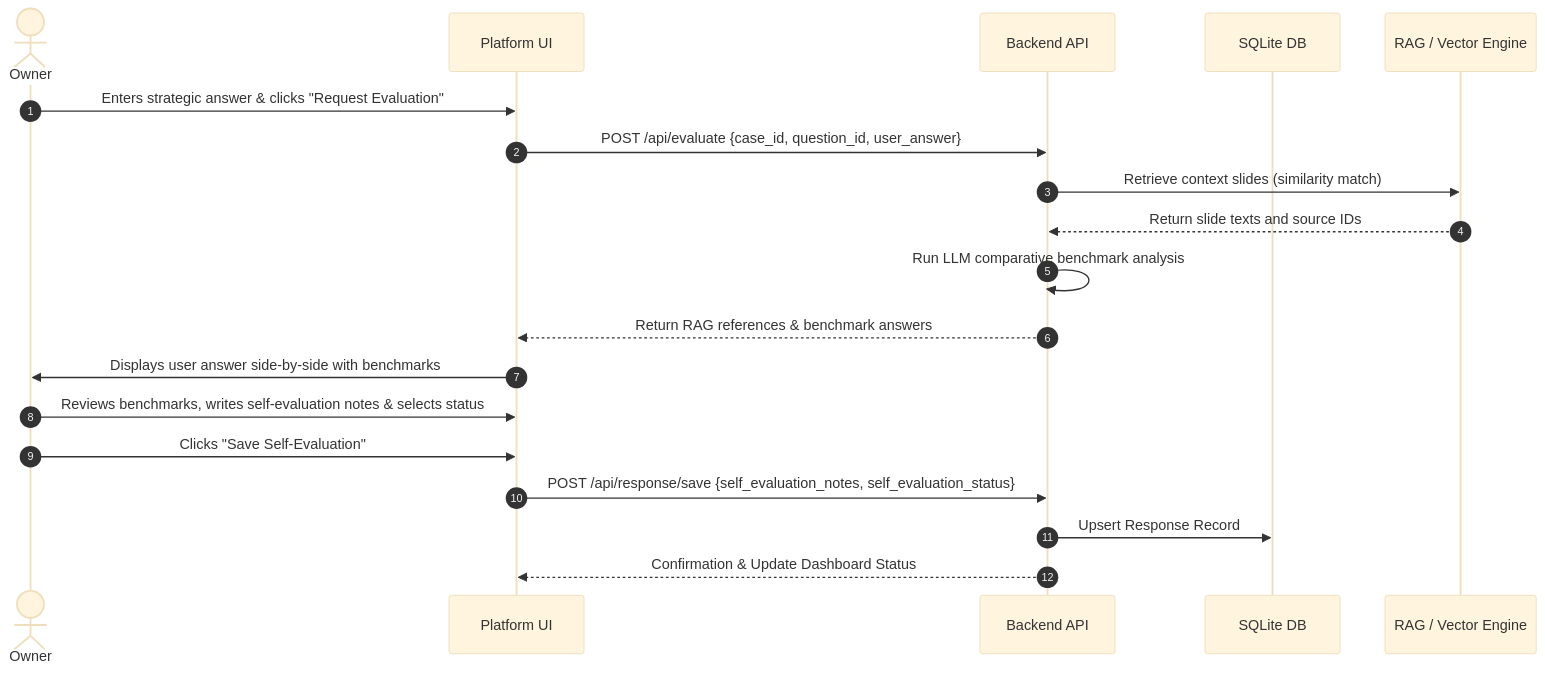
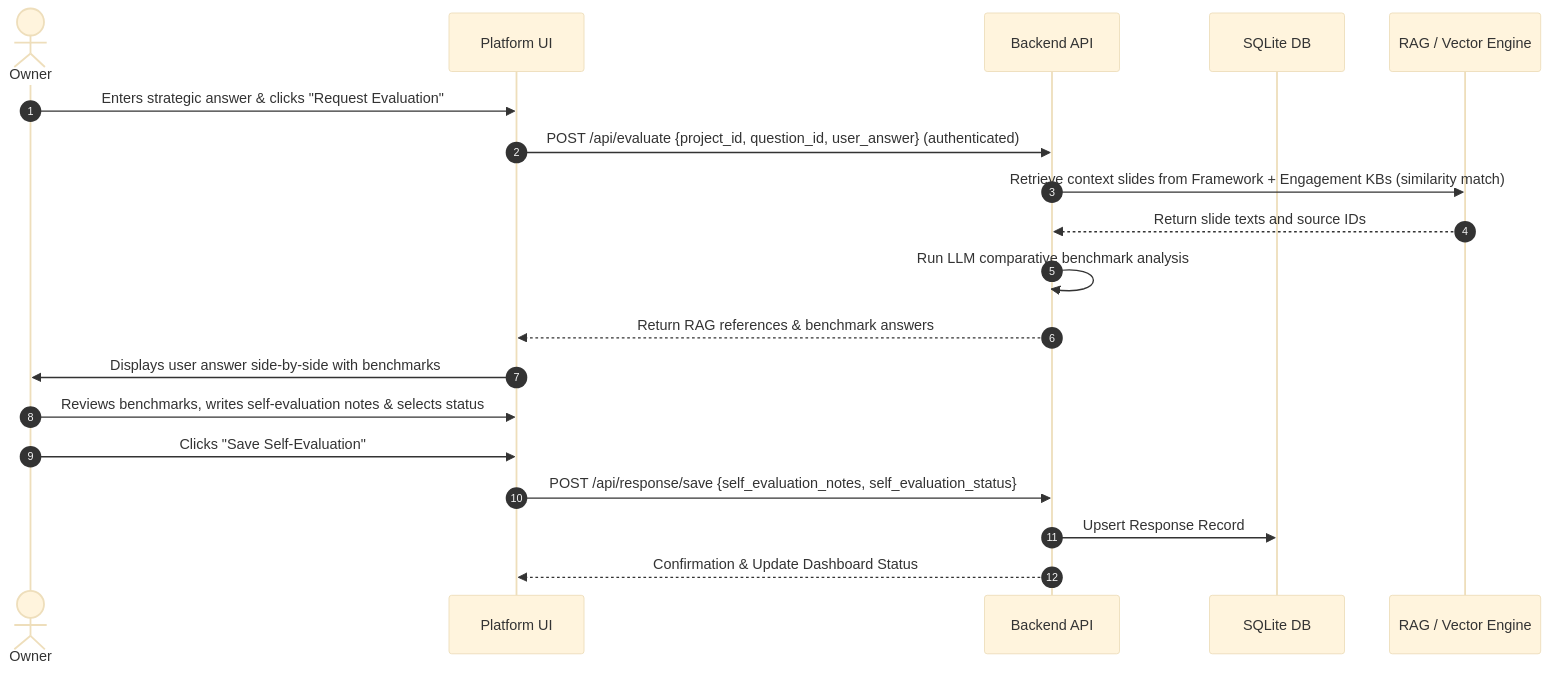
Before and after one commit to balajir2/Cosmos-Strategy-Platform: the diagram in documentation/product/functional-spec.md, drawn with Mermaid (base theme). The commit also changed other lines of this file and 7 other files, not shown here.

````diff
--- a/documentation/product/functional-spec.md
+++ b/documentation/product/functional-spec.md
@@ -58,22 +68,22 @@
 ```mermaid
 sequenceDiagram
     autonumber
     actor User as Owner
     participant Sys as Platform UI
     participant BE as Backend API
     participant DB as SQLite DB
     participant RAG as RAG / Vector Engine
 
     User->>Sys: Enters strategic answer & clicks "Request Evaluation"
-    Sys->>BE: POST /api/evaluate {case_id, question_id, user_answer}
-    BE->>RAG: Retrieve context slides (similarity match)
+    Sys->>BE: POST /api/evaluate {project_id, question_id, user_answer} (authenticated)
+    BE->>RAG: Retrieve context slides from Framework + Engagement KBs (similarity match)
     RAG-->>BE: Return slide texts and source IDs
     BE->>BE: Run LLM comparative benchmark analysis
     BE-->>Sys: Return RAG references & benchmark answers
     Sys->>User: Displays user answer side-by-side with benchmarks
     User->>Sys: Reviews benchmarks, writes self-evaluation notes & selects status
     User->>Sys: Clicks "Save Self-Evaluation"
     Sys->>BE: POST /api/response/save {self_evaluation_notes, self_evaluation_status}
     BE->>DB: Upsert Response Record
     BE-->>Sys: Confirmation & Update Dashboard Status
 ```
````
